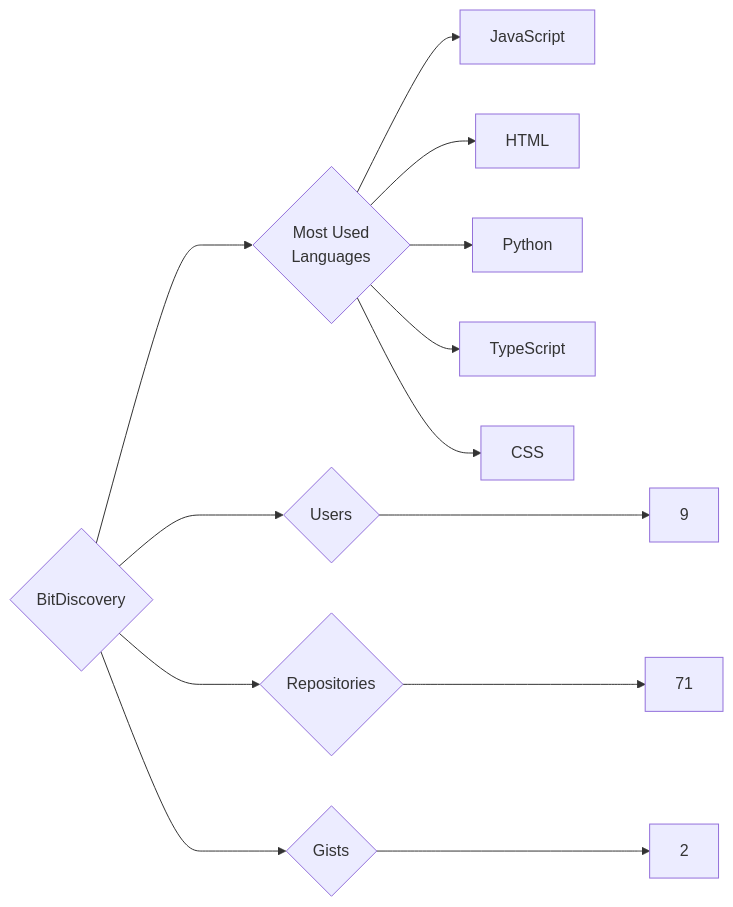
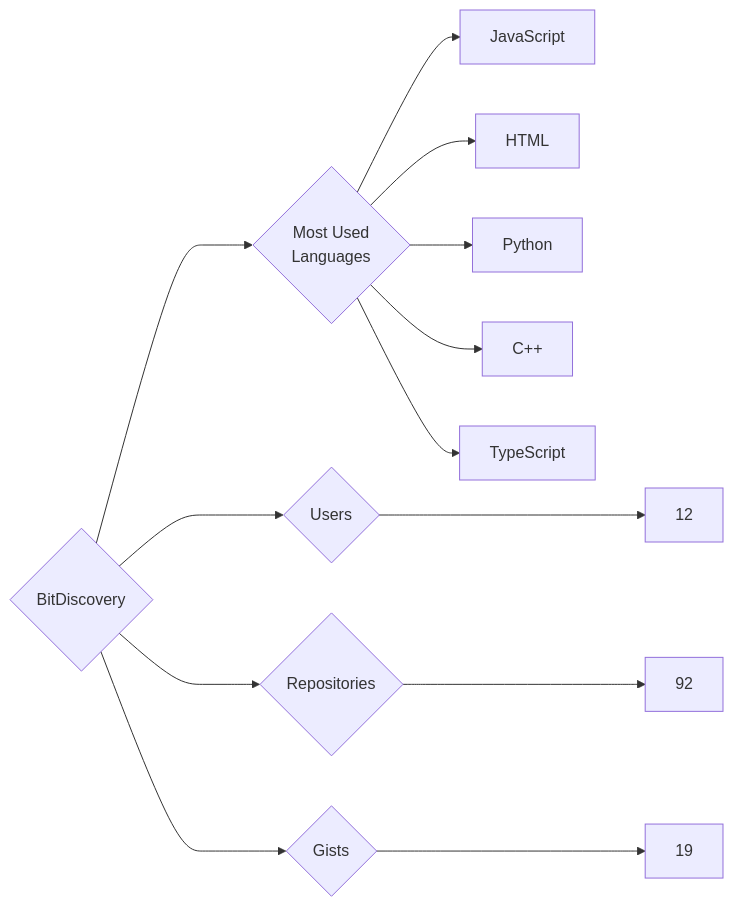
One commit to trickest/insiders changed the diagram in targets/BitDiscovery/README.md. Above: the diagram before and after it, drawn with Mermaid. The commit also changed 1120 other files, not shown here.

````diff
--- a/targets/BitDiscovery/README.md
+++ b/targets/BitDiscovery/README.md
@@ -3,13 +3,13 @@
 ```mermaid
 graph LR
 COMPANY_NAME{BitDiscovery}
-COMPANY_NAME ---> U{Users} ---> UN[9]
-COMPANY_NAME ---> R{Repositories} ---> RN[71]
-COMPANY_NAME ---> G{Gists} ---> GN[2]
+COMPANY_NAME ---> U{Users} ---> UN[12]
+COMPANY_NAME ---> R{Repositories} ---> RN[92]
+COMPANY_NAME ---> G{Gists} ---> GN[19]
 COMPANY_NAME ---> ML{Most Used<br>Languages}
 ML --> JavaScript[JavaScript]
 ML --> HTML[HTML]
 ML --> Python[Python]
+ML --> C++[C++]
 ML --> TypeScript[TypeScript]
-ML --> CSS[CSS]
 ```
````
